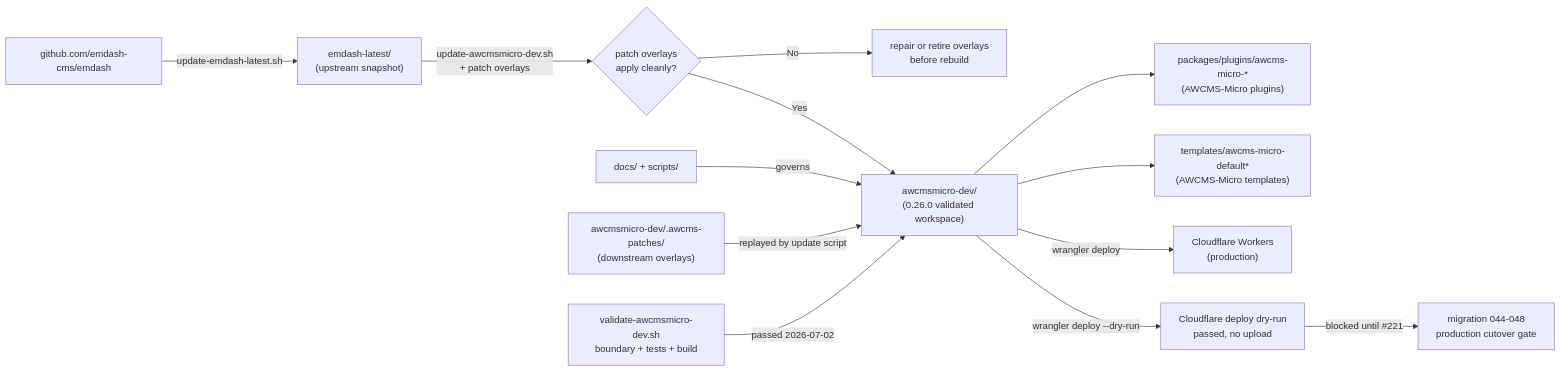
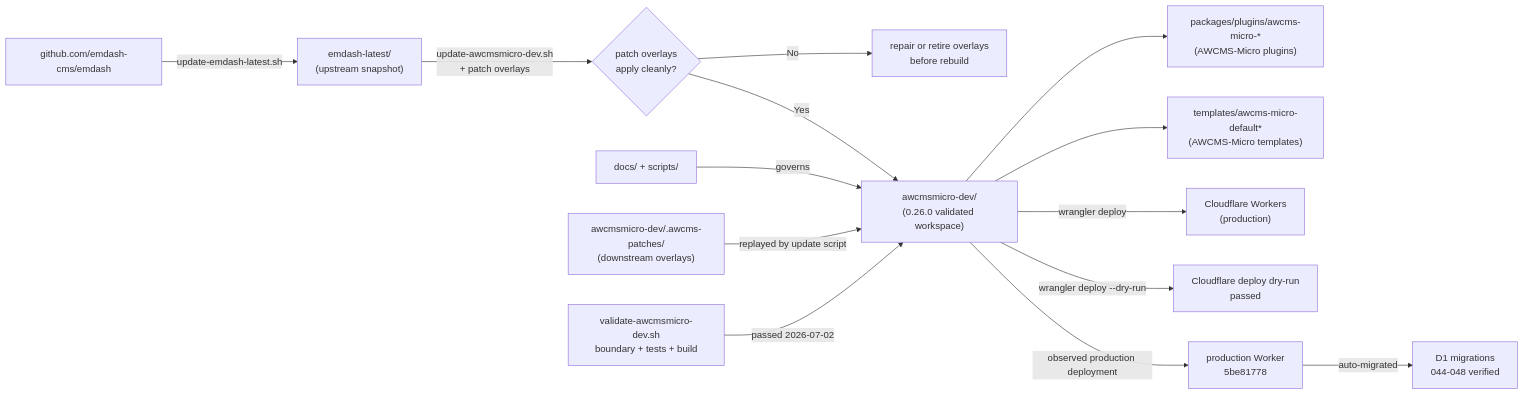
Before and after one commit to ahliweb/awcms-micro: the first of 2 diagrams in README.md, drawn with Mermaid. The commit also changed other lines of this file and 8 other files, not shown here.

Commit message:
feat: update production status and verification for EmDash 0.26.0 sync; add migration verification documentation

````diff
--- a/README.md
+++ b/README.md
@@ -51,15 +51,16 @@
 ```mermaid
 flowchart LR
   GH["github.com/emdash-cms/emdash"] -->|"update-emdash-latest.sh"| Latest["emdash-latest/\n(upstream snapshot)"]
   Latest -->|"update-awcmsmicro-dev.sh\n+ patch overlays"| Gate{"patch overlays\napply cleanly?"}
   Gate -->|"No"| Blocked["repair or retire overlays\nbefore rebuild"]
   Gate -->|"Yes"| Dev["awcmsmicro-dev/\n(0.26.0 validated workspace)"]
   Dev --> Plugins["packages/plugins/awcms-micro-*\n(AWCMS-Micro plugins)"]
   Dev --> Templates["templates/awcms-micro-default*\n(AWCMS-Micro templates)"]
   Dev -->|"wrangler deploy"| CF["Cloudflare Workers\n(production)"]
   Docs["docs/ + scripts/"] -->|"governs"| Dev
   Patches["awcmsmicro-dev/.awcms-patches/\n(downstream overlays)"] -->|"replayed by update script"| Dev
   Validate["validate-awcmsmicro-dev.sh\nboundary + tests + build"] -->|"passed 2026-07-02"| Dev
-  Dev -->|"wrangler deploy --dry-run"| DryRun["Cloudflare deploy dry-run\npassed, no upload"]
-  DryRun -->|"blocked until #221"| ProdGate["migration 044-048\nproduction cutover gate"]
+  Dev -->|"wrangler deploy --dry-run"| DryRun["Cloudflare deploy dry-run\npassed"]
+  Dev -->|"observed production deployment"| CF26["production Worker\n5be81778"]
+  CF26 -->|"auto-migrated"| D1Migrations["D1 migrations\n044-048 verified"]
 ```
````
